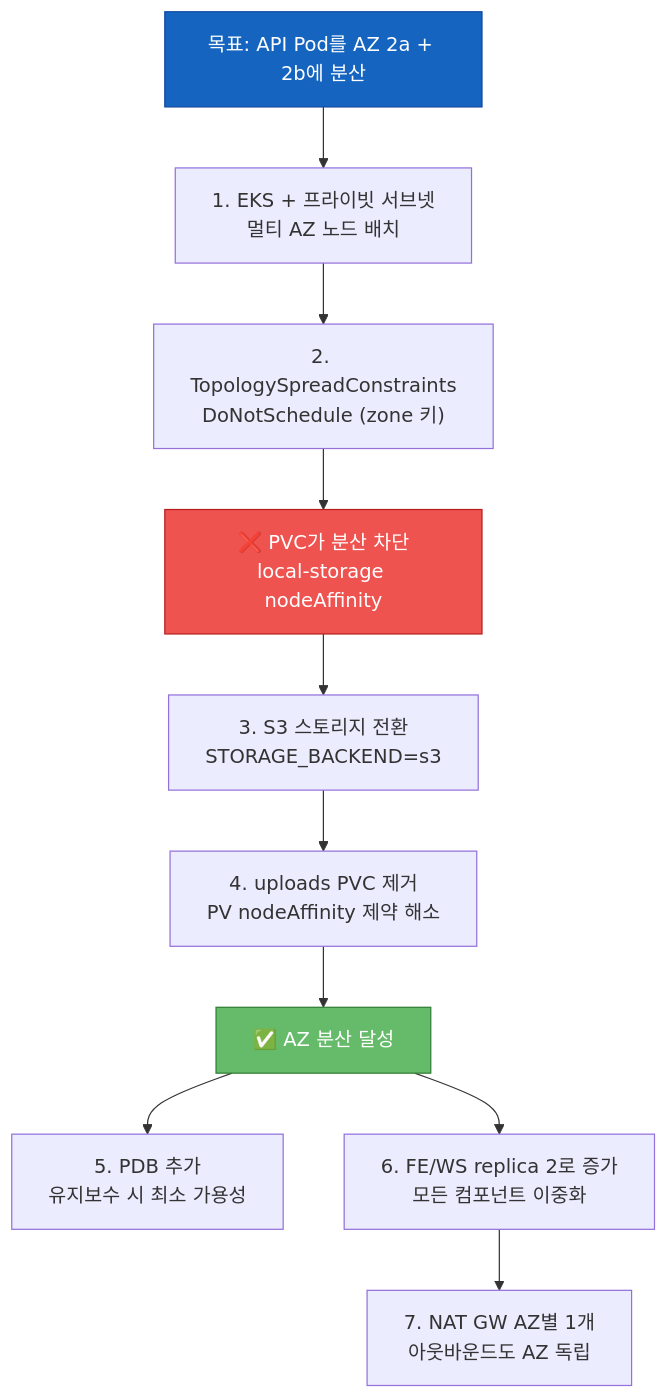
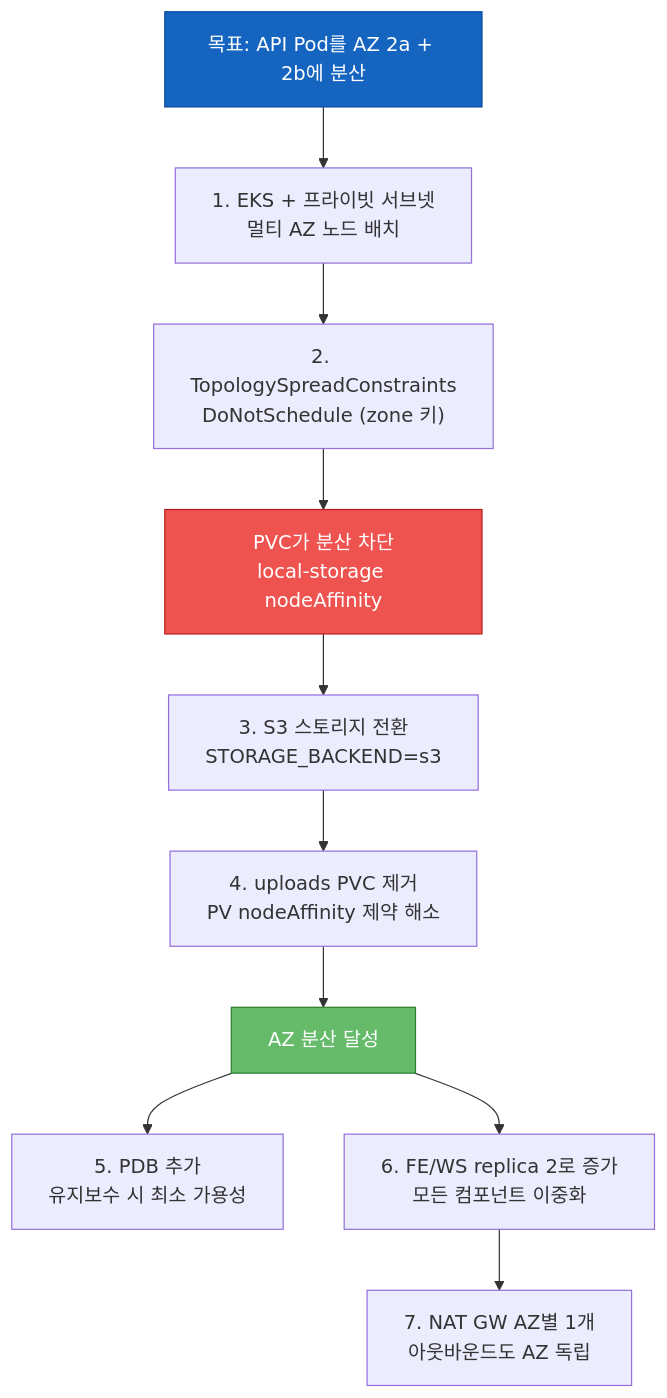
One commit to 80-hours-a-week/2-cho-community-infra changed diagram 12 of 17 in report.md. Above: the diagram before and after it, drawn with Mermaid. The commit also changed other lines of this file and 1 other file, not shown here.

````diff
--- a/report.md
+++ b/report.md
@@ -642,18 +642,18 @@
 ```mermaid
 flowchart TD
     Goal["목표: API Pod를 AZ 2a + 2b에 분산"]
 
     Goal --> Decision1["1. EKS + 프라이빗 서브넷<br/>멀티 AZ 노드 배치"]
     Decision1 --> Decision2["2. TopologySpreadConstraints<br/>DoNotSchedule (zone 키)"]
-    Decision2 --> Blocker["❌ PVC가 분산 차단<br/>local-storage nodeAffinity"]
+    Decision2 --> Blocker["PVC가 분산 차단<br/>local-storage nodeAffinity"]
     Blocker --> Decision3["3. S3 스토리지 전환<br/>STORAGE_BACKEND=s3"]
     Decision3 --> Decision4["4. uploads PVC 제거<br/>PV nodeAffinity 제약 해소"]
-    Decision4 --> Result["✅ AZ 분산 달성"]
+    Decision4 --> Result["AZ 분산 달성"]
     Result --> Decision5["5. PDB 추가<br/>유지보수 시 최소 가용성"]
     Result --> Decision6["6. FE/WS replica 2로 증가<br/>모든 컴포넌트 이중화"]
     Decision6 --> Decision7["7. NAT GW AZ별 1개<br/>아웃바운드도 AZ 독립"]
 
     style Goal fill:#1565c0,color:#fff,stroke:#0d47a1
     style Blocker fill:#ef5350,color:#fff,stroke:#b71c1c
     style Result fill:#66bb6a,color:#fff,stroke:#2e7d32
 ```
````
